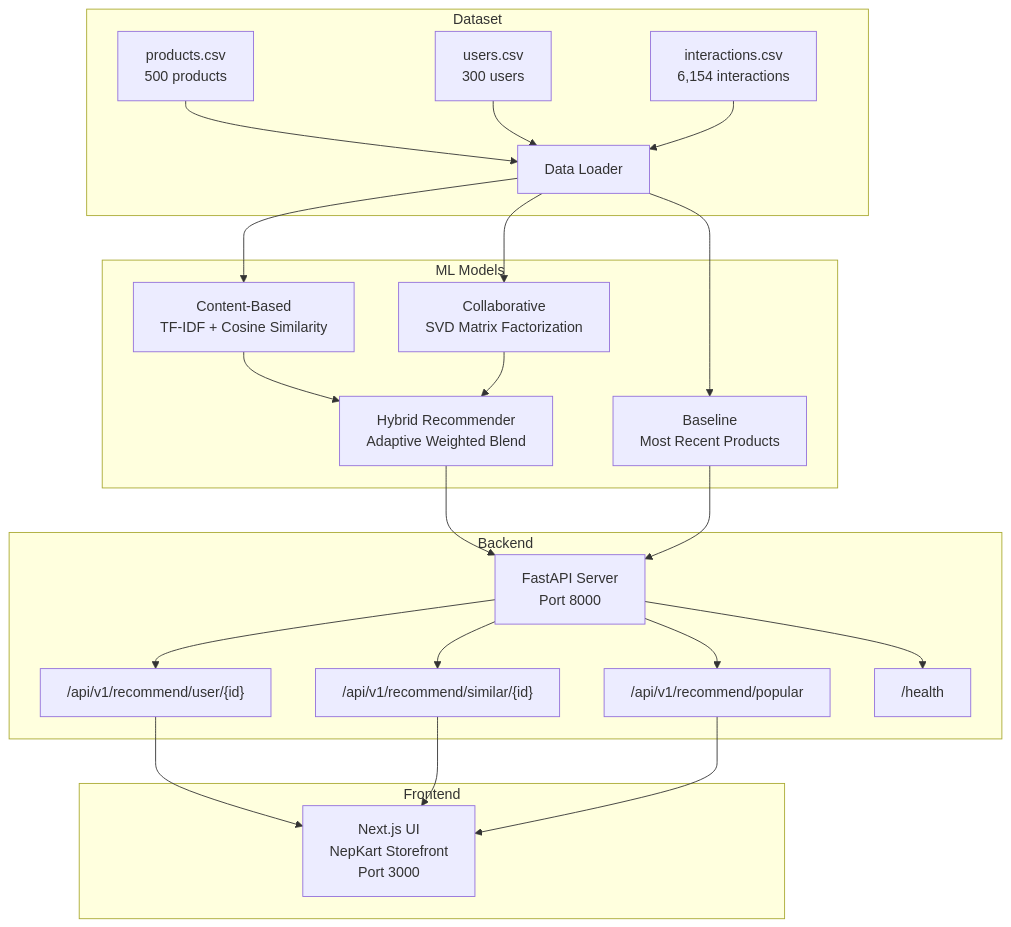
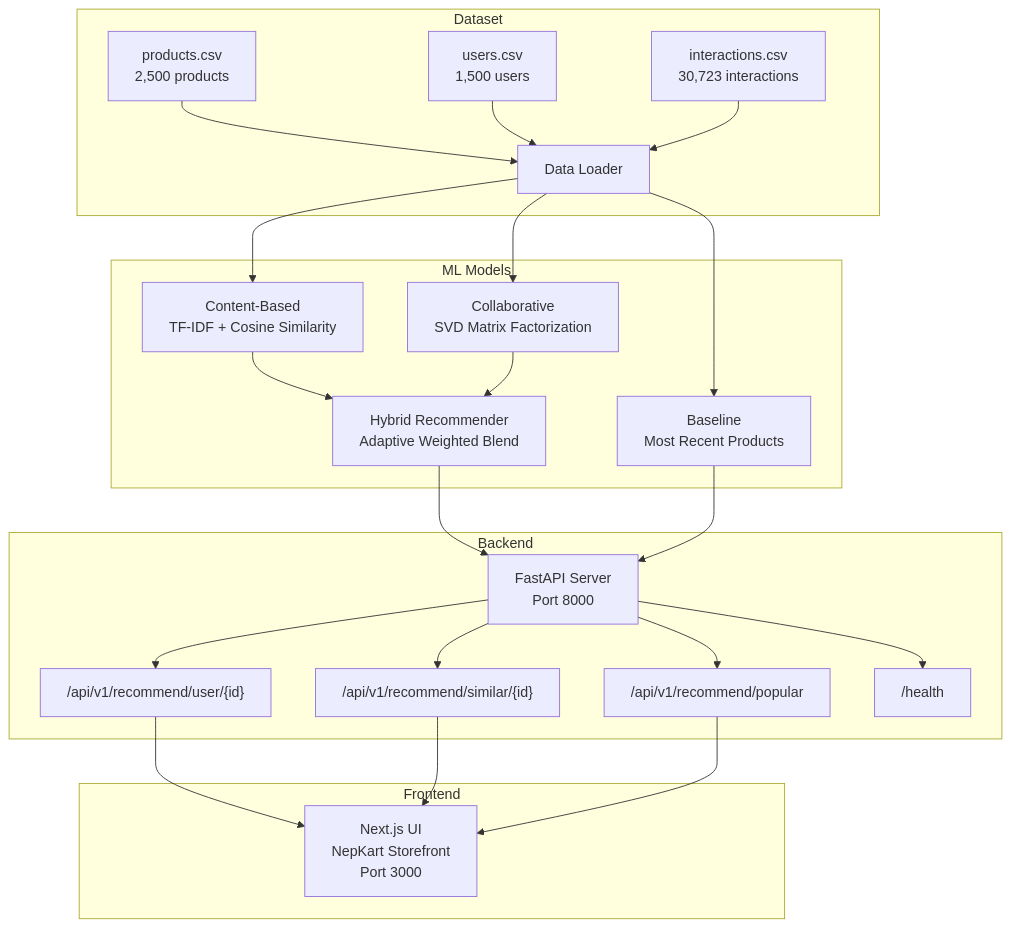
One commit to Aasu703/E-com-Recommendation changed the diagram in README.md. Above: the diagram before and after it, drawn with Mermaid. The commit also changed other lines of this file and 34 other files, not shown here.

````diff
--- a/README.md
+++ b/README.md
@@ -72,31 +72,31 @@
 ```mermaid
 graph TB
     subgraph Dataset
-        A["products.csv<br/>500 products"] --> D["Data Loader"]
-        B["users.csv<br/>300 users"] --> D
-        C["interactions.csv<br/>6,154 interactions"] --> D
+        A["products.csv<br/>2,500 products"] --> D["Data Loader"]
+        B["users.csv<br/>1,500 users"] --> D
+        C["interactions.csv<br/>30,723 interactions"] --> D
     end
 
     subgraph ML Models
         D --> E["Content-Based<br/>TF-IDF + Cosine Similarity"]
         D --> F["Collaborative<br/>SVD Matrix Factorization"]
         D --> G["Baseline<br/>Most Recent Products"]
         E --> H["Hybrid Recommender<br/>Adaptive Weighted Blend"]
         F --> H
     end
 
     subgraph Backend
         H --> I["FastAPI Server<br/>Port 8000"]
         G --> I
         I --> J["/api/v1/recommend/user/{id}"]
         I --> K["/api/v1/recommend/similar/{id}"]
         I --> L["/api/v1/recommend/popular"]
         I --> M["/health"]
     end
 
     subgraph Frontend
         J --> N["Next.js UI<br/>NepKart Storefront<br/>Port 3000"]
         K --> N
         L --> N
     end
 ```
````
